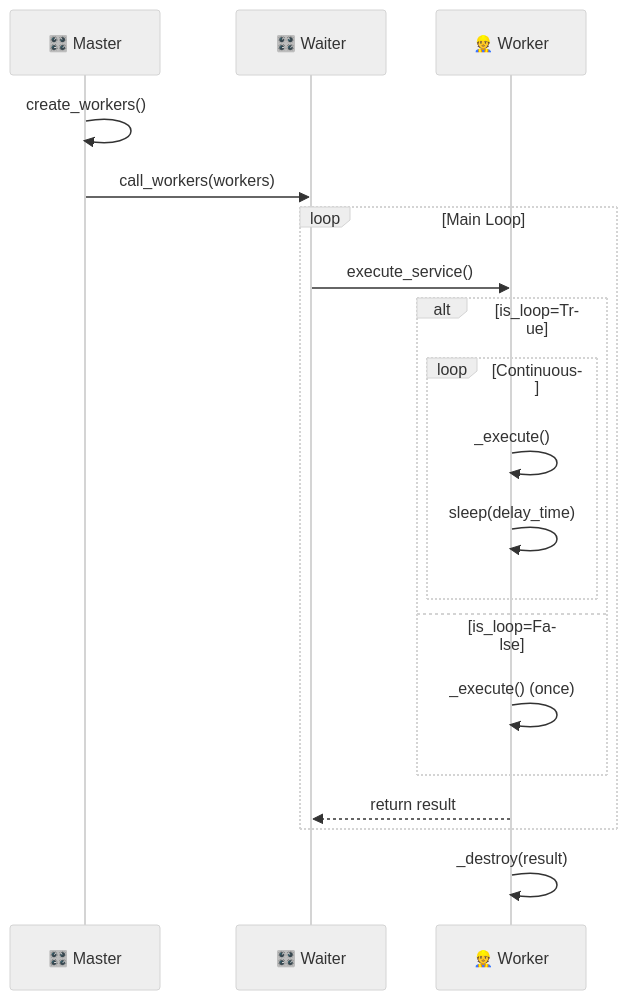
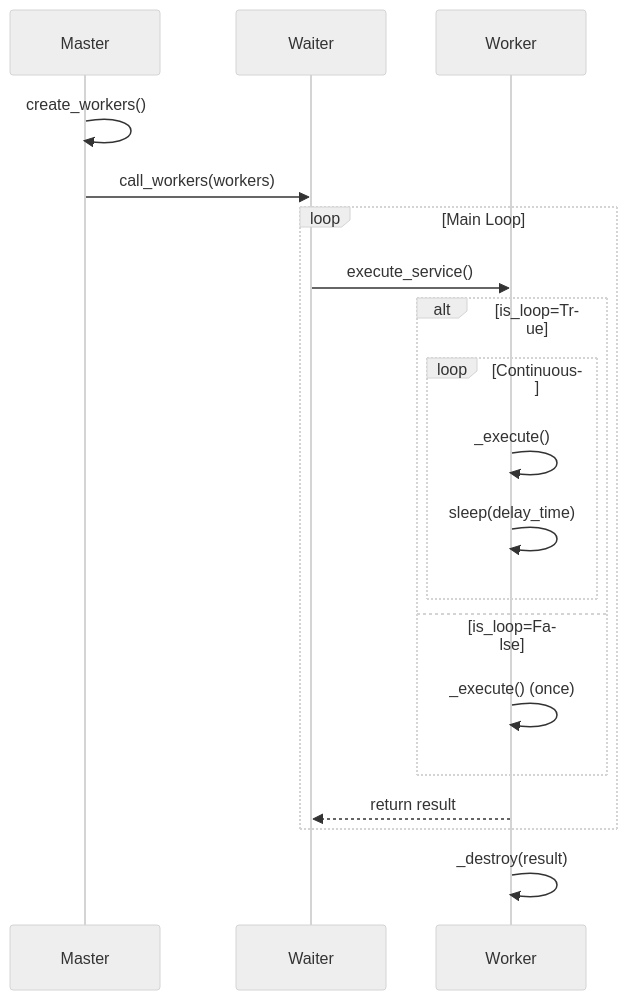
The seventh of 7 diagrams in docs/zh/core/worker.md (YearsAlso/zoo-framework-doc), drawn with Mermaid (neutral theme) before and after one commit. The commit also changed other lines of this file and 24 other files, not shown here.

First line of the commit message:
docs(site): 站点正式化与内容严肃化，附 bench 报告截图

````diff
--- a/docs/zh/core/worker.md
+++ b/docs/zh/core/worker.md
@@ -437,26 +437,26 @@
 ```mermaid
 sequenceDiagram
-    participant M as 🎛️ Master
-    participant W as 🎛️ Waiter
-    participant Wr as 👷 Worker
+    participant M as  Master
+    participant W as  Waiter
+    participant Wr as  Worker
     
     M->>M: create_workers()
     M->>W: call_workers(workers)
     
     loop Main Loop
         W->>Wr: execute_service()
         
         alt is_loop=True
             loop Continuous
                 Wr->>Wr: _execute()
                 Wr->>Wr: sleep(delay_time)
             end
         else is_loop=False
             Wr->>Wr: _execute() (once)
         end
         
         Wr-->>W: return result
     end
     
     Wr->>Wr: _destroy(result)
 ```
````
